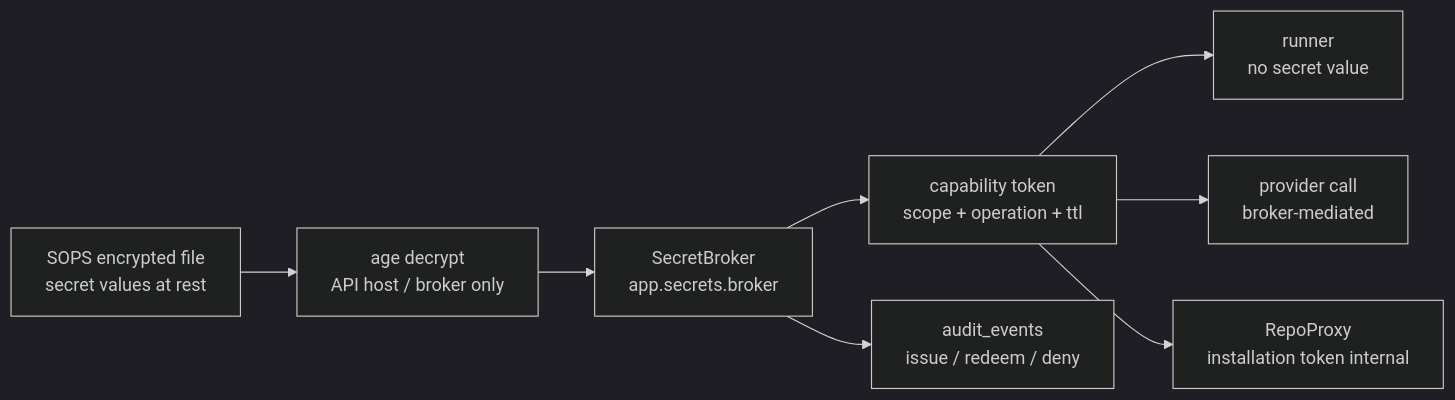
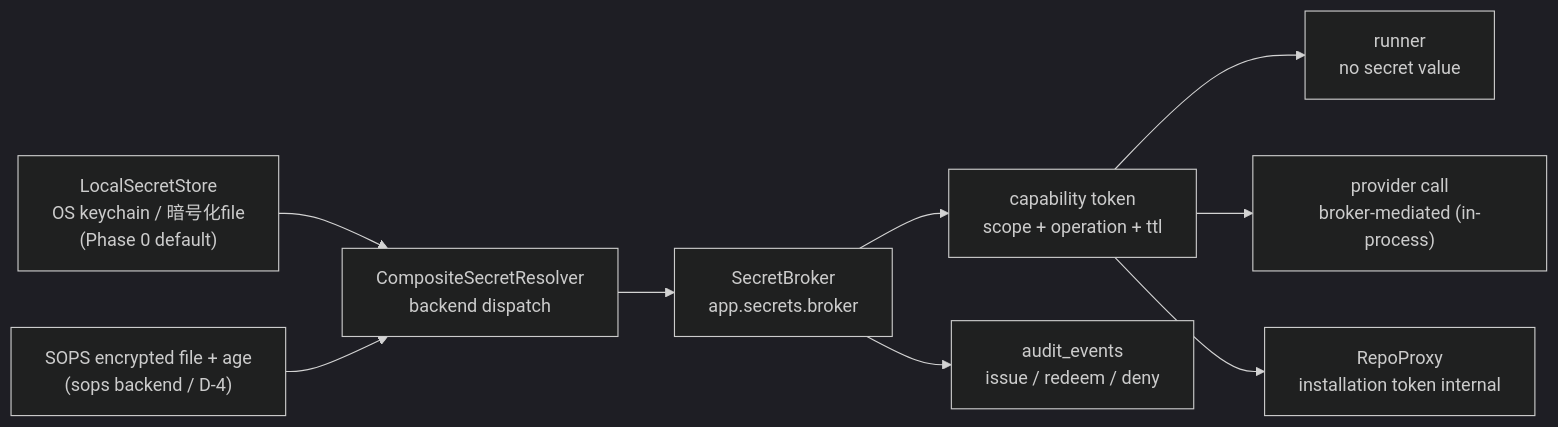
Before and after one commit to t-ohga/TaskManagedAI: the diagram in docs/基本設計/06_秘密管理設計.md, drawn with Mermaid (dark theme). The commit also changed other lines of this file and 21 other files, not shown here.

````diff
--- a/docs/基本設計/06_秘密管理設計.md
+++ b/docs/基本設計/06_秘密管理設計.md
@@ -42,10 +42,11 @@
 ```mermaid
 flowchart LR
-    SOPS["SOPS encrypted file\nsecret values at rest"] --> Age["age decrypt\nAPI host / broker only"]
-    Age --> Broker["SecretBroker\napp.secrets.broker"]
+    Local["LocalSecretStore\nOS keychain / 暗号化file\n(Phase 0 default)"] --> Resolver["CompositeSecretResolver\nbackend dispatch"]
+    Sops["SOPS encrypted file + age\n(sops backend / D-4)"] --> Resolver
+    Resolver --> Broker["SecretBroker\napp.secrets.broker"]
     Broker --> Cap["capability token\nscope + operation + ttl"]
     Cap --> Runner["runner\nno secret value"]
-    Cap --> Provider["provider call\nbroker-mediated"]
+    Cap --> Provider["provider call\nbroker-mediated (in-process)"]
     Cap --> Repo["RepoProxy\ninstallation token internal"]
     Broker --> Audit["audit_events\nissue / redeem / deny"]
 ```
````
